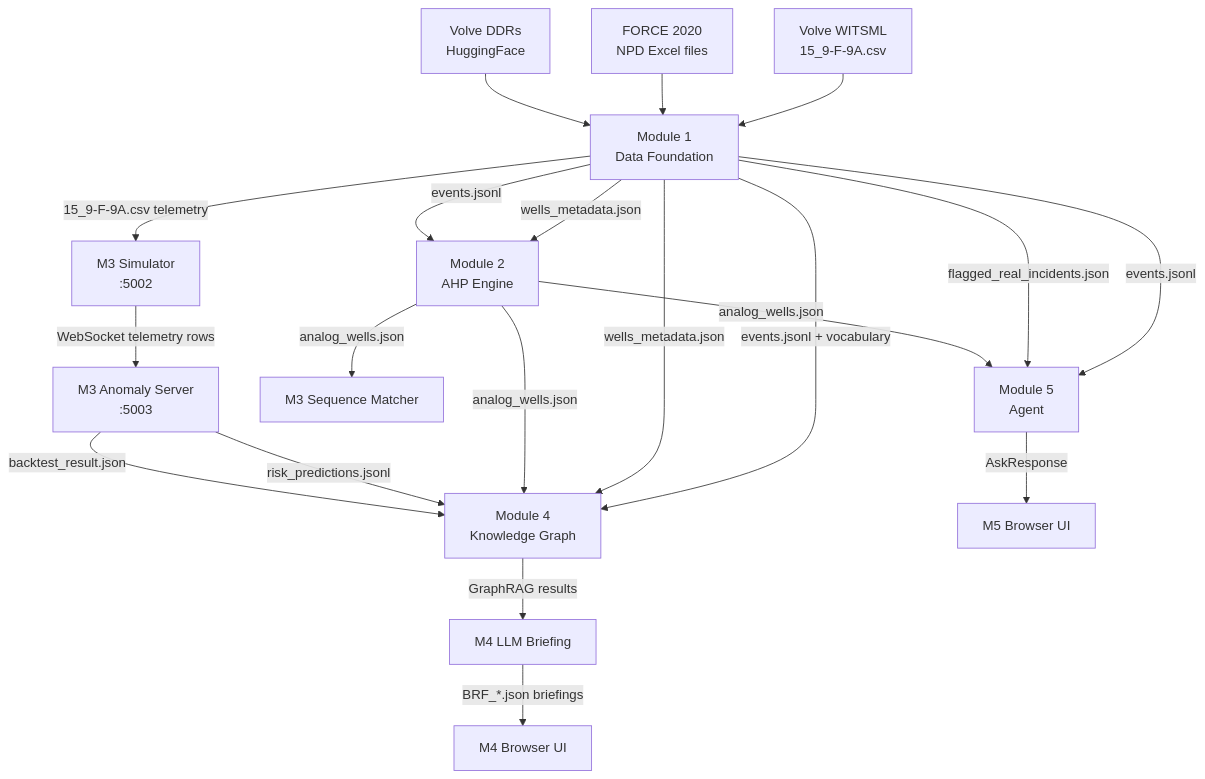
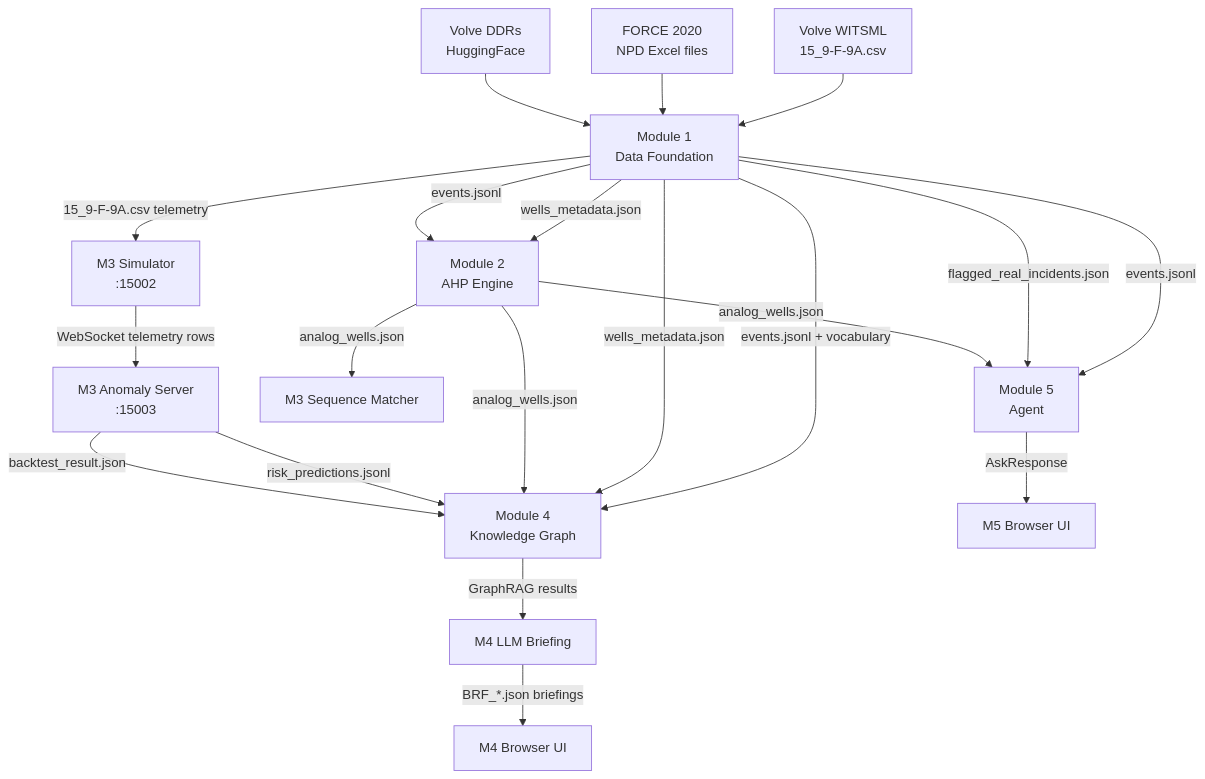
Diagram 13 of 14 in ARCHITECTURE.md (n3ssdub3y/SIH_2026_PLANNS), drawn with Mermaid before and after one commit. The commit also changed other lines of this file and 35 other files, not shown here.

````diff
--- a/ARCHITECTURE.md
+++ b/ARCHITECTURE.md
@@ -847,26 +848,26 @@
 ```mermaid
 graph TD
     EXT_VOLVE["Volve WITSML\n15_9-F-9A.csv"] --> M1
     EXT_FORCE["FORCE 2020\nNPD Excel files"] --> M1
     EXT_DDR["Volve DDRs\nHuggingFace"] --> M1
 
     M1["Module 1\nData Foundation"] -->|"wells_metadata.json"| M2
     M1 -->|"events.jsonl"| M2
     M1 -->|"15_9-F-9A.csv telemetry"| M3_SIM
     M1 -->|"events.jsonl + vocabulary"| M4
     M1 -->|"wells_metadata.json"| M4
     M1 -->|"events.jsonl"| M5
     M1 -->|"flagged_real_incidents.json"| M5
 
     M2["Module 2\nAHP Engine"] -->|"analog_wells.json"| M3_SEQ["M3 Sequence Matcher"]
     M2 -->|"analog_wells.json"| M4["Module 4\nKnowledge Graph"]
     M2 -->|"analog_wells.json"| M5["Module 5\nAgent"]
 
-    M3_SIM["M3 Simulator\n:5002"] -->|"WebSocket telemetry rows"| M3_ANO["M3 Anomaly Server\n:5003"]
+    M3_SIM["M3 Simulator\n:15002"] -->|"WebSocket telemetry rows"| M3_ANO["M3 Anomaly Server\n:15003"]
     M3_ANO -->|"risk_predictions.jsonl"| M4
     M3_ANO -->|"backtest_result.json"| M4
 
     M4 -->|"GraphRAG results"| M4_LLM["M4 LLM Briefing"]
     M4_LLM -->|"BRF_*.json briefings"| M4_UI["M4 Browser UI"]
     M5 -->|"AskResponse"| M5_UI["M5 Browser UI"]
 ```
````
